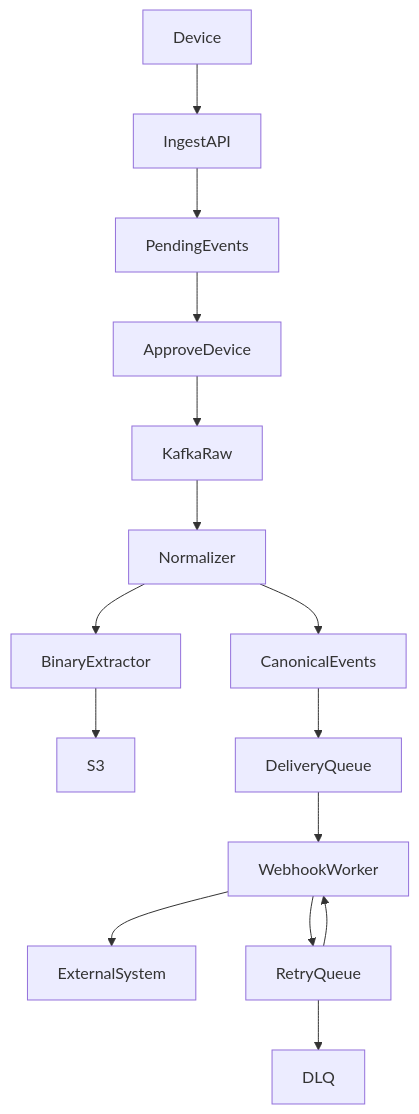
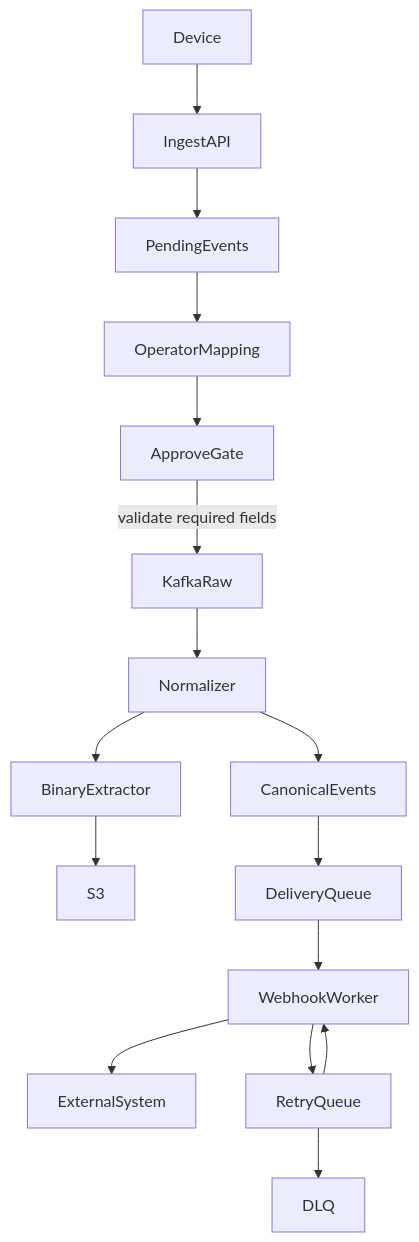
Before and after one commit to hotkhwan/gateway-api: the second of 3 diagrams in baseline/README.md, drawn with Mermaid. The commit also changed other lines of this file and 21 other files, not shown here.

````diff
--- a/baseline/README.md
+++ b/baseline/README.md
@@ -245,19 +916,20 @@
-``` mermaid
+```mermaid
 flowchart TD
     Device --> IngestAPI
     IngestAPI --> PendingEvents
-    PendingEvents --> ApproveDevice
-    ApproveDevice --> KafkaRaw
+    PendingEvents --> OperatorMapping
+    OperatorMapping --> ApproveGate
+    ApproveGate -->|validate required fields| KafkaRaw
 
     KafkaRaw --> Normalizer
     Normalizer --> CanonicalEvents
     Normalizer --> BinaryExtractor
     BinaryExtractor --> S3
 
     CanonicalEvents --> DeliveryQueue
     DeliveryQueue --> WebhookWorker
     WebhookWorker --> ExternalSystem
     WebhookWorker --> RetryQueue
     RetryQueue --> WebhookWorker
     RetryQueue --> DLQ
 ```
````
